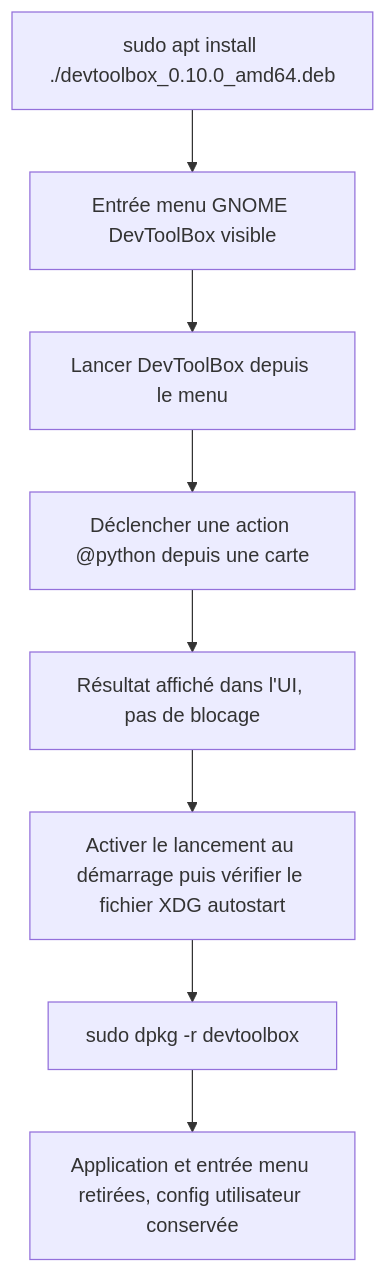
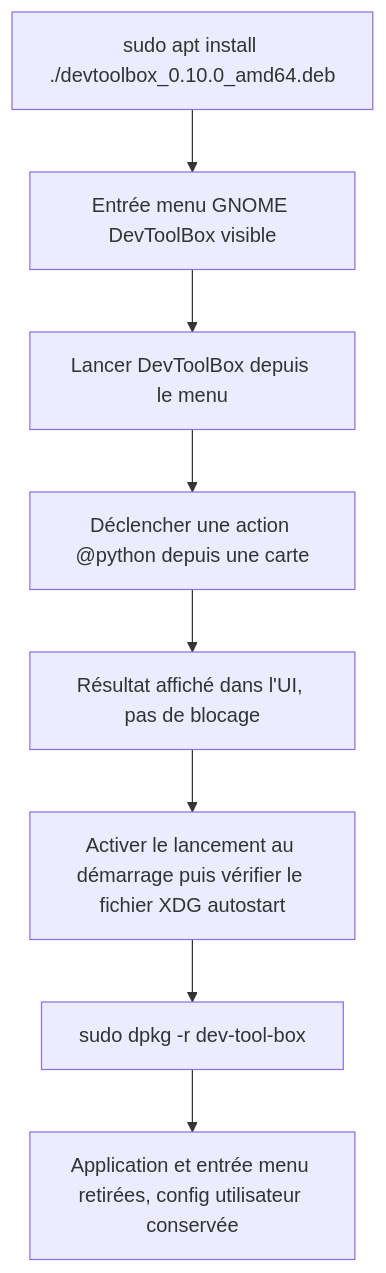
Before and after one commit to RebelliousSmile/DevToolBox: the first of 2 diagrams in aidd_docs/tasks/2026_09/2026_09_03_linux-local-qualification/phase-2.md, drawn with Mermaid. The commit also changed other lines of this file and 9 other files, not shown here.

````diff
--- a/aidd_docs/tasks/2026_09/2026_09_03_linux-local-qualification/phase-2.md
+++ b/aidd_docs/tasks/2026_09/2026_09_03_linux-local-qualification/phase-2.md
@@ -26,10 +26,10 @@
 ```mermaid
 flowchart TD
   A[sudo apt install ./devtoolbox_0.10.0_amd64.deb] --> B[Entrée menu GNOME DevToolBox visible]
   B --> C[Lancer DevToolBox depuis le menu]
   C --> D[Déclencher une action @python depuis une carte]
   D --> E[Résultat affiché dans l'UI, pas de blocage]
   E --> F[Activer le lancement au démarrage puis vérifier le fichier XDG autostart]
-  F --> G[sudo dpkg -r devtoolbox]
+  F --> G[sudo dpkg -r dev-tool-box]
   G --> H[Application et entrée menu retirées, config utilisateur conservée]
 ```
````
